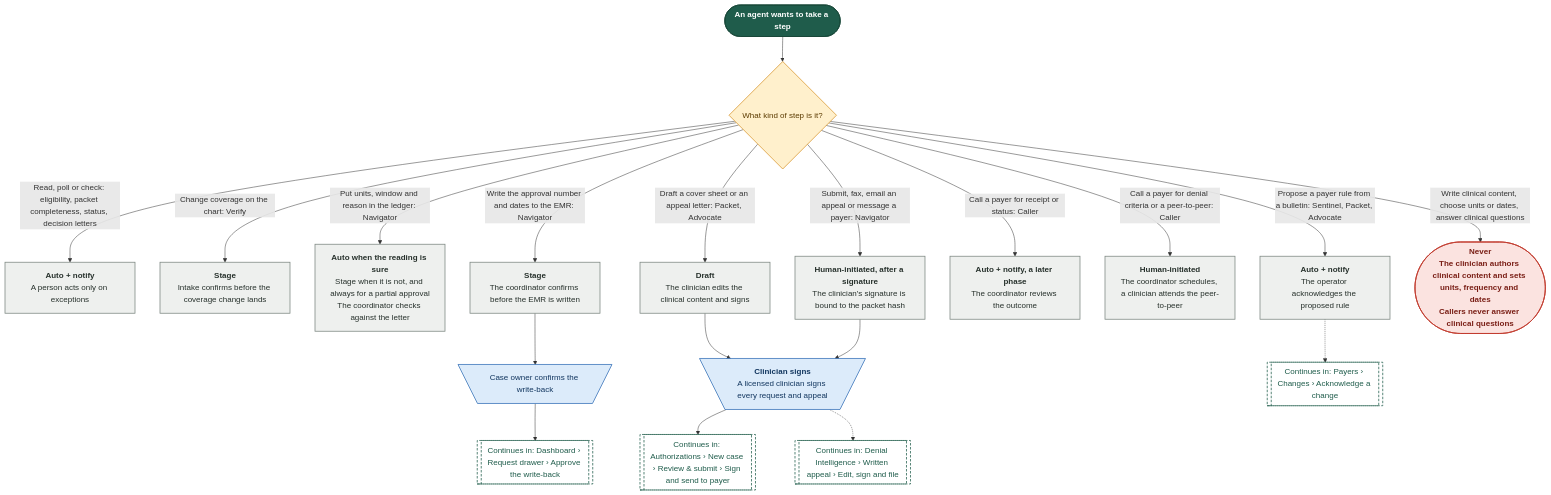
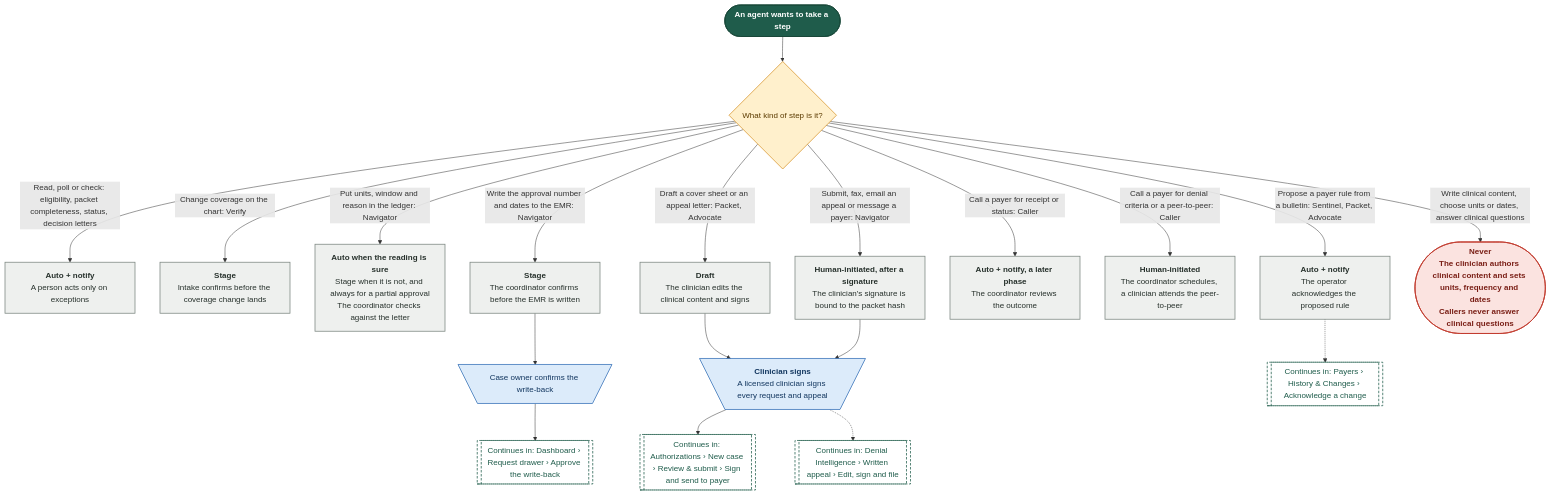
The fourth of 11 diagrams in demos/prior-auth-demo/workflows/out/md/11-settings.md (Shrav143/psyfloapp), drawn with Mermaid before and after one commit. The commit also changed other lines of this file and 60 other files, not shown here.

First line of the commit message:
feat: Payer Workflow Studio integration (compact header, default workflow in view panel, docs, diagrams)

````diff
--- a/demos/prior-auth-demo/workflows/out/md/11-settings.md
+++ b/demos/prior-auth-demo/workflows/out/md/11-settings.md
@@ -279,62 +279,62 @@
 ```mermaid
 %%{init: {"theme":"base","themeVariables":{"fontFamily":"'DM Sans', 'Segoe UI', system-ui, sans-serif","fontSize":"15px","lineColor":"#5B6B63","primaryTextColor":"#1C2B25","clusterBkg":"#FBF8F3","clusterBorder":"#D9CDBB","edgeLabelBackground":"#FFFFFF"},"flowchart":{"curve":"basis","nodeSpacing":36,"rankSpacing":48,"padding":12,"htmlLabels":true,"useMaxWidth":false,"wrappingWidth":230}} }%%
 flowchart TD
   classDef k_start fill:#1F5C4B,stroke:#174638,color:#FFFFFF,stroke-width:1.5px,font-weight:600
   classDef k_end fill:#DDEFE3,stroke:#2E7D4F,color:#14502F,stroke-width:1.5px,font-weight:600
   classDef k_endx fill:#FBE3E0,stroke:#C0392B,color:#7A1F16,stroke-width:1.5px,font-weight:600
   classDef k_screen fill:#FFFDF8,stroke:#1F5C4B,color:#1C2B25,stroke-width:2px
   classDef k_overlay fill:#F1F7F3,stroke:#1F5C4B,color:#1C2B25,stroke-width:2px,stroke-dasharray:5 3
   classDef k_click fill:#DCEBFA,stroke:#2F6DB5,color:#12365F,stroke-width:1.5px
   classDef k_input fill:#E4E7FF,stroke:#4C5FD5,color:#1D2670,stroke-width:1.5px
   classDef k_process fill:#EEF0EE,stroke:#7A857F,color:#26302B,stroke-width:1.5px
   classDef k_agent fill:#EEE5FA,stroke:#7A4FC2,color:#341A63,stroke-width:1.5px
   classDef k_decision fill:#FFF0CC,stroke:#D9962B,color:#5C3B00,stroke-width:1.5px
   classDef k_store fill:#D5F0EA,stroke:#1C8E7B,color:#0B4A3F,stroke-width:1.5px
   classDef k_doc fill:#F6E9DC,stroke:#B07A4C,color:#4A2E14,stroke-width:1.5px
   classDef k_ext fill:#FFE6D2,stroke:#E07B39,color:#6B2F06,stroke-width:1.5px
   classDef k_wait fill:#E4E8EE,stroke:#6B7C93,color:#26303D,stroke-width:1.5px
   classDef k_toast fill:#FFF9DB,stroke:#C9A400,color:#5A4A00,stroke-width:1.5px
   classDef k_goto fill:#FFFFFF,stroke:#1F5C4B,color:#1F5C4B,stroke-width:1.5px,stroke-dasharray:5 3
   s1@{ shape: stadium, label: "An agent wants to take a step" }
   q1@{ shape: diam, label: "What kind of step is it?" }
   a1@{ shape: rect, label: "<b>Auto + notify</b><br/>A person acts only on exceptions" }
   a2@{ shape: rect, label: "<b>Stage</b><br/>Intake confirms before the coverage change lands" }
   a3@{ shape: rect, label: "<b>Auto when the reading is sure</b><br/>Stage when it is not, and always for a partial approval<br/>The coordinator checks against the letter" }
   a4@{ shape: rect, label: "<b>Stage</b><br/>The coordinator confirms before the EMR is written" }
   a5@{ shape: rect, label: "<b>Draft</b><br/>The clinician edits the clinical content and signs" }
   a6@{ shape: rect, label: "<b>Human-initiated, after a signature</b><br/>The clinician's signature is bound to the packet hash" }
   a7@{ shape: rect, label: "<b>Auto + notify, a later phase</b><br/>The coordinator reviews the outcome" }
   a8@{ shape: rect, label: "<b>Human-initiated</b><br/>The coordinator schedules, a clinician attends the peer-to-peer" }
   a9@{ shape: rect, label: "<b>Auto + notify</b><br/>The operator acknowledges the proposed rule" }
   x1@{ shape: stadium, label: "<b>Never</b><br/>The clinician authors clinical content and sets units, frequency and dates<br/>Callers never answer clinical questions" }
   h1@{ shape: trap-t, label: "<b>Clinician signs</b><br/>A licensed clinician signs every request and appeal" }
   h2@{ shape: trap-t, label: "Case owner confirms the write-back" }
   g1@{ shape: subproc, label: "Continues in: Authorizations › New case › Review & submit › Sign and send to payer" }
   g2@{ shape: subproc, label: "Continues in: Dashboard › Request drawer › Approve the write-back" }
-  g3@{ shape: subproc, label: "Continues in: Payers › Changes › Acknowledge a change" }
+  g3@{ shape: subproc, label: "Continues in: Payers › History & Changes › Acknowledge a change" }
   g4@{ shape: subproc, label: "Continues in: Denial Intelligence › Written appeal › Edit, sign and file" }
   s1 --> q1
   q1 -->|"Read, poll or check: eligibility, packet completeness, status, decision letters"| a1
   q1 -->|"Change coverage on the chart: Verify"| a2
   q1 -->|"Put units, window and reason in the ledger: Navigator"| a3
   q1 -->|"Write the approval number and dates to the EMR: Navigator"| a4
   q1 -->|"Draft a cover sheet or an appeal letter: Packet, Advocate"| a5
   q1 -->|"Submit, fax, email an appeal or message a payer: Navigator"| a6
   q1 -->|"Call a payer for receipt or status: Caller"| a7
   q1 -->|"Call a payer for denial criteria or a peer-to-peer: Caller"| a8
   q1 -->|"Propose a payer rule from a bulletin: Sentinel, Packet, Advocate"| a9
   q1 -->|"Write clinical content, choose units or dates, answer clinical questions"| x1
   a5 --> h1
   a6 --> h1
   a4 --> h2
   h1 --> g1
   h1 -.-> g4
   h2 --> g2
   a9 -.-> g3
   class s1 k_start
   class q1 k_decision
   class a1,a2,a3,a4,a5,a6,a7,a8,a9 k_process
   class x1 k_endx
   class h1,h2 k_click
   class g1,g2,g3,g4 k_goto
 ```
````
